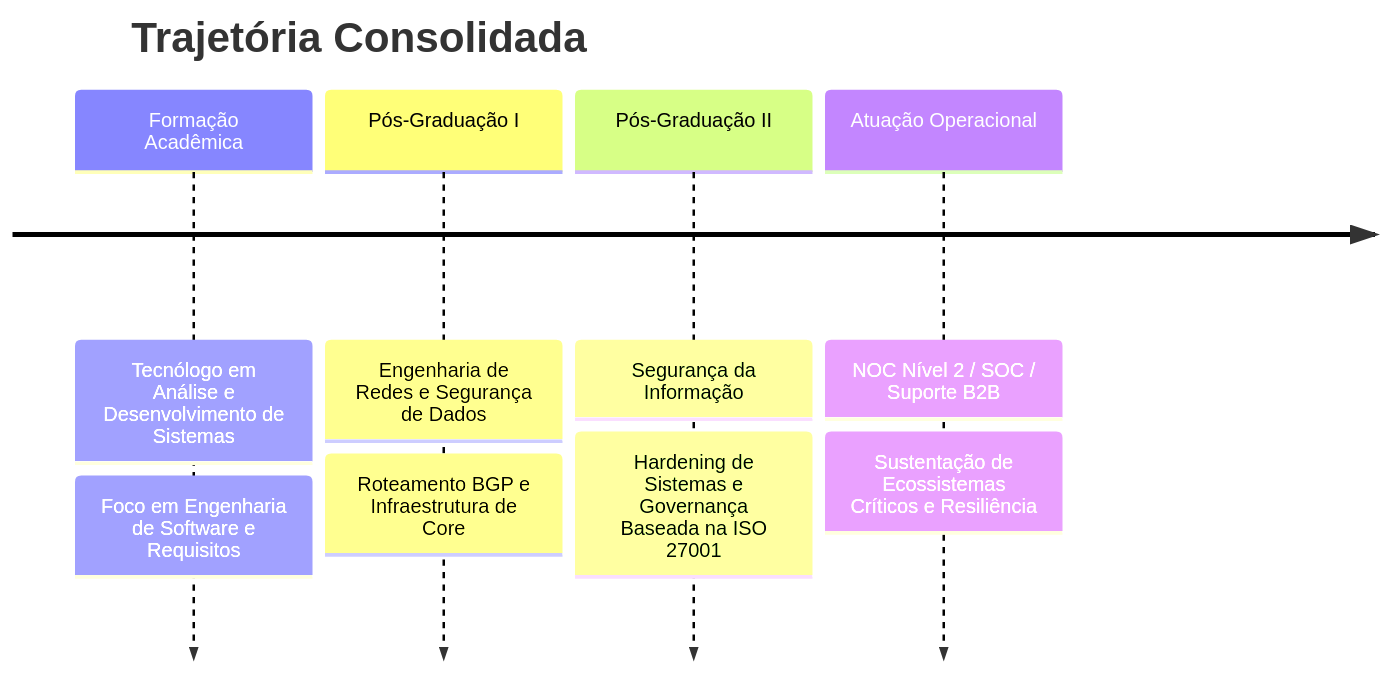
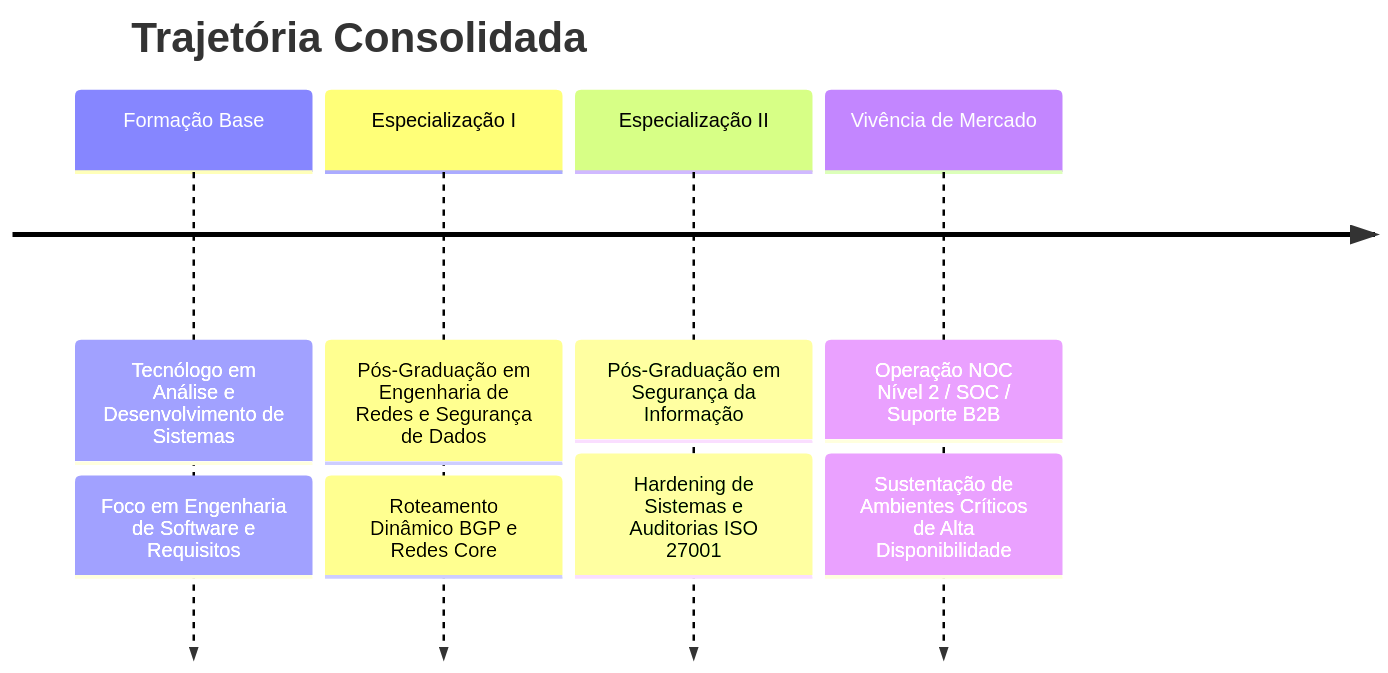
One commit to Flaviomota24/Flaviomota24 changed the diagram in README.md. Above: the diagram before and after it, drawn with Mermaid. The commit also changed other lines of this file, not shown here.

````diff
--- a/README.md
+++ b/README.md
@@ -58,8 +36,8 @@
 ```mermaid
 timeline
     title Trajetória Consolidada
-    Formação Acadêmica : Tecnólogo em Análise e Desenvolvimento de Sistemas : Foco em Engenharia de Software e Requisitos
-    Pós-Graduação I : Engenharia de Redes e Segurança de Dados : Roteamento BGP e Infraestrutura de Core
-    Pós-Graduação II : Segurança da Informação : Hardening de Sistemas e Governança Baseada na ISO 27001
-    Atuação Operacional : NOC Nível 2 / SOC / Suporte B2B : Sustentação de Ecossistemas Críticos e Resiliência
+    Formação Base : Tecnólogo em Análise e Desenvolvimento de Sistemas : Foco em Engenharia de Software e Requisitos
+    Especialização I : Pós-Graduação em Engenharia de Redes e Segurança de Dados : Roteamento Dinâmico BGP e Redes Core
+    Especialização II : Pós-Graduação em Segurança da Informação : Hardening de Sistemas e Auditorias ISO 27001
+    Vivência de Mercado : Operação NOC Nível 2 / SOC / Suporte B2B : Sustentação de Ambientes Críticos de Alta Disponibilidade
 ```
````
